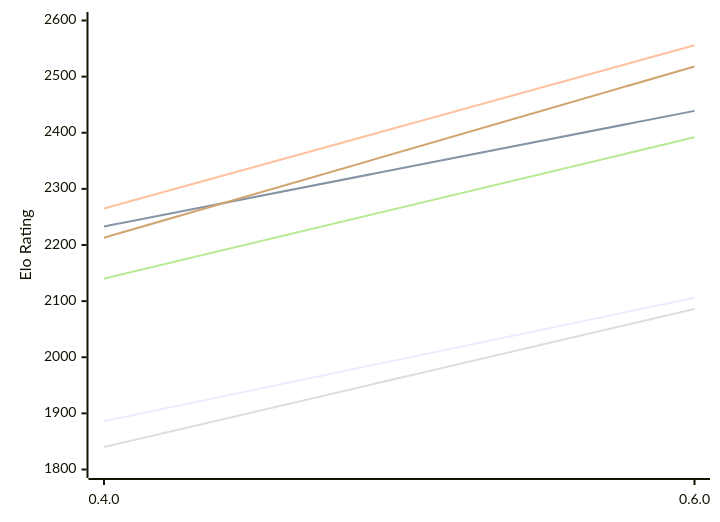
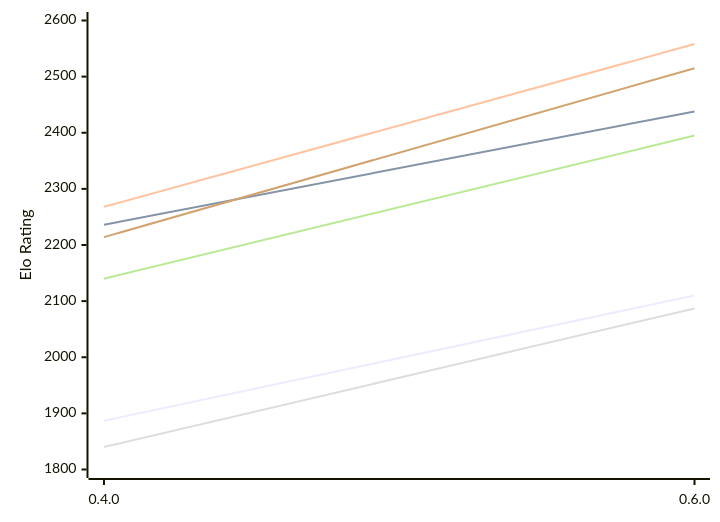
One commit to computer-chess-index/cci changed the first of 2 diagrams in engines/Ariadne.md. Above: the diagram before and after it, drawn with Mermaid. The commit also changed other lines of this file, not shown here.

Commit message:
Update CCI Ratings (ELO VLTC) - 2026-11-19

````diff
--- a/engines/Ariadne.md
+++ b/engines/Ariadne.md
@@ -50,12 +50,12 @@
 ```mermaid
 %%{init: {"theme":"base","themeVariables":{"seriesColors:['#a3a3a3','#222221','#faa371']}}}%%
 xychart-beta
   x-axis ["0.4.0", "0.6.0"]
   y-axis "Elo Rating" 1800 --> 2600
-  line "E1: STC (8.0+0.08s)" [1886, 2106]
-  line "E1: LTC (60.0+0.60s)" [2233, 2439]
-  line "E1: VLTC (2m24s+1.12s)" [2265, 2556]
-  line "P1: STC (8.0+0.08s)" [1840, 2086]
-  line "P1: LTC (60.0+0.60s)" [2140, 2392]
-  line "P1: VLTC (2m24s+1.12s)" [2213, 2518]
+  line "E1: STC (8.0+0.08s)" [1887, 2110]
+  line "E1: LTC (60.0+0.60s)" [2236, 2438]
+  line "E1: VLTC (2m24s+1.12s)" [2268, 2558]
+  line "P1: STC (8.0+0.08s)" [1840, 2087]
+  line "P1: LTC (60.0+0.60s)" [2140, 2395]
+  line "P1: VLTC (2m24s+1.12s)" [2214, 2515]
 ```
````
